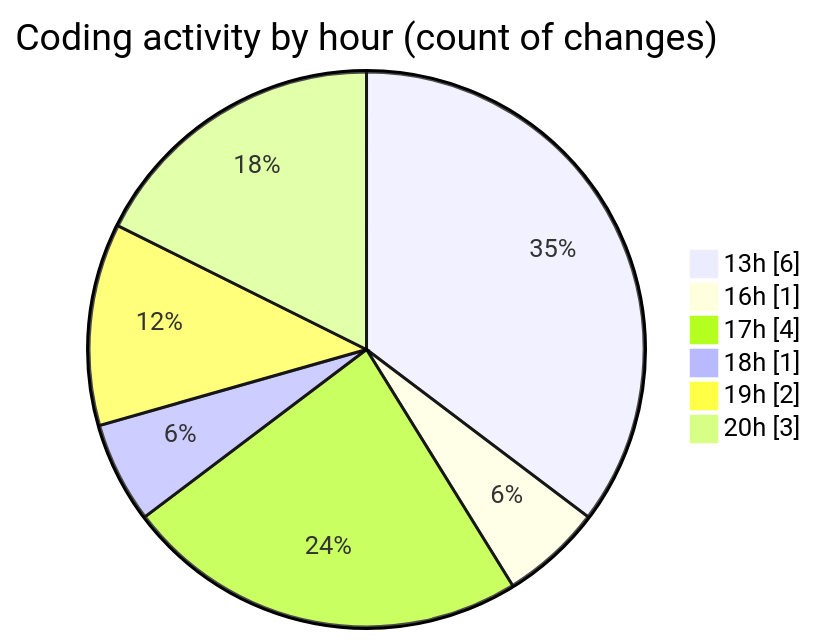
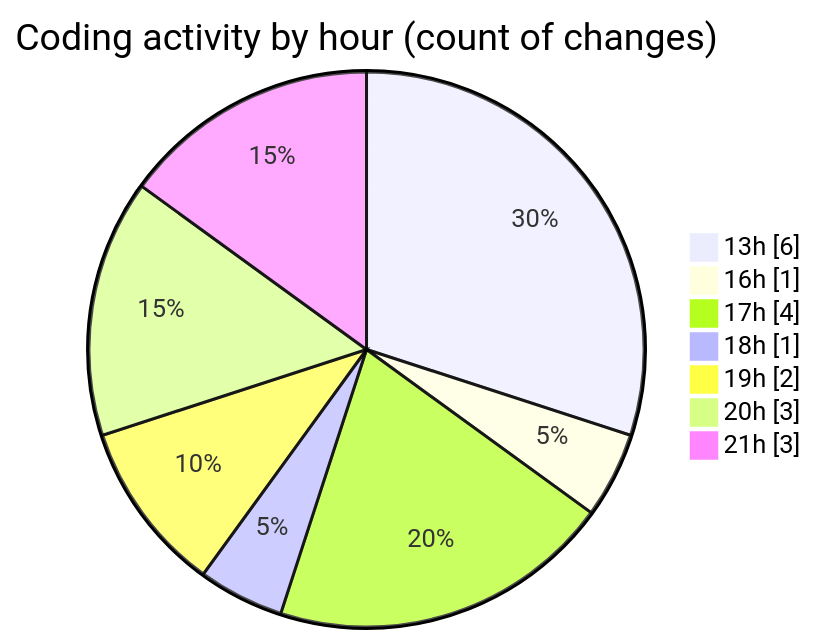
The second of 2 diagrams in 2025-08-03/fish/README.md (EIIisD/code-tracking), drawn with Mermaid before and after one commit. The commit also changed other lines of this file and 1 other file, not shown here.

````diff
--- a/2025-08-03/fish/README.md
+++ b/2025-08-03/fish/README.md
@@ -32,10 +32,11 @@
 ```mermaid
 pie showData
 title Coding activity by hour (count of changes)
 "13h" : 6
 "16h" : 1
 "17h" : 4
 "18h" : 1
 "19h" : 2
 "20h" : 3
+"21h" : 3
 ```
````
